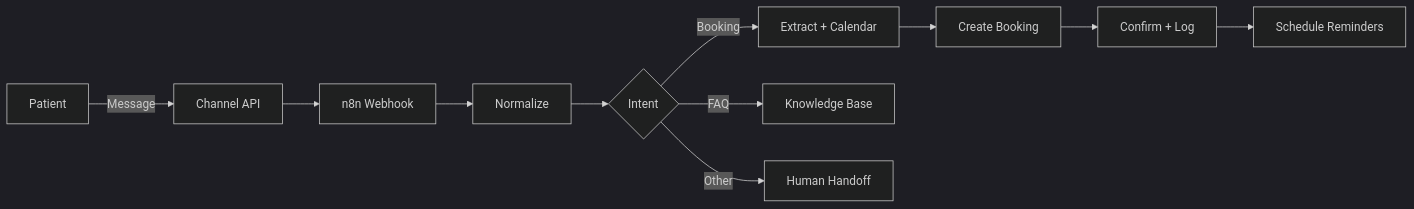
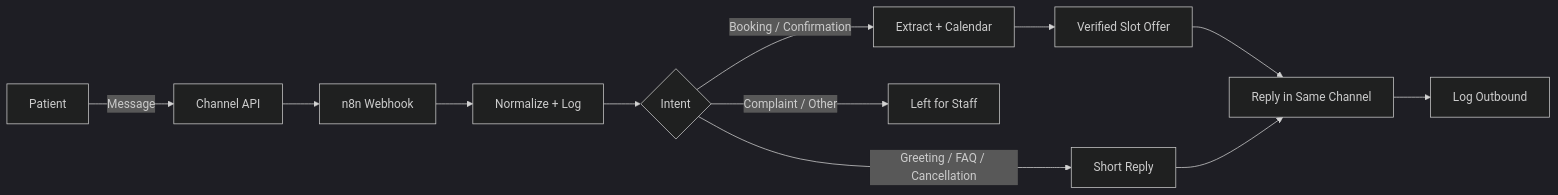
The first of 2 diagrams in clinic-booking-system/architecture.md (khaledabdelaziz1330-dot/Khaled-AI-Automation-Portfolio), drawn with Mermaid (dark theme) before and after one commit. The commit also changed other lines of this file and 50 other files, not shown here.

````diff
--- a/clinic-booking-system/architecture.md
+++ b/clinic-booking-system/architecture.md
@@ -9,13 +9,14 @@
 ```mermaid
 flowchart LR
     A[Patient] -->|Message| B[Channel API]
     B --> C[n8n Webhook]
-    C --> D[Normalize]
+    C --> D[Normalize + Log]
     D --> E{Intent}
-    E -->|Booking| F[Extract + Calendar]
-    E -->|FAQ| G[Knowledge Base]
-    E -->|Other| H[Human Handoff]
-    F --> I[Create Booking]
-    I --> J[Confirm + Log]
-    J --> K[Schedule Reminders]
+    E -->|Booking / Confirmation| F[Extract + Calendar]
+    E -->|Greeting / FAQ / Cancellation| G[Short Reply]
+    E -->|Complaint / Other| H[Left for Staff]
+    F --> I[Verified Slot Offer]
+    I --> J[Reply in Same Channel]
+    G --> J
+    J --> K[Log Outbound]
 ```
````
